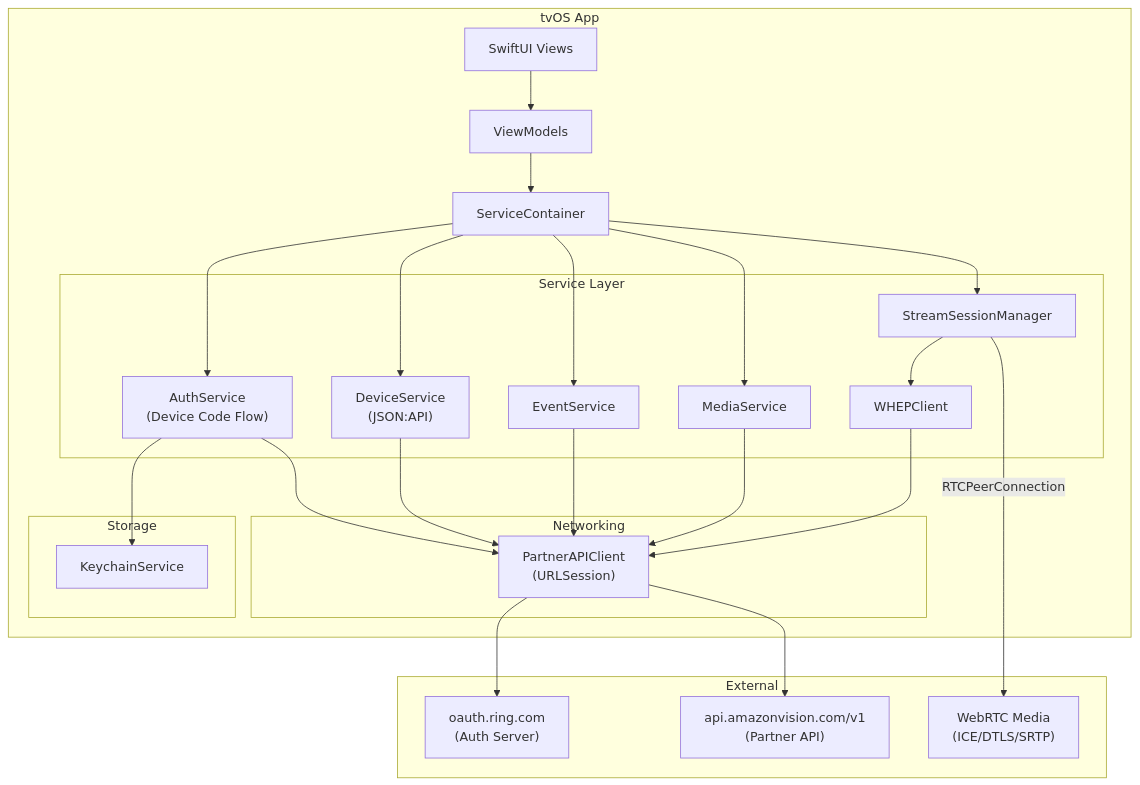
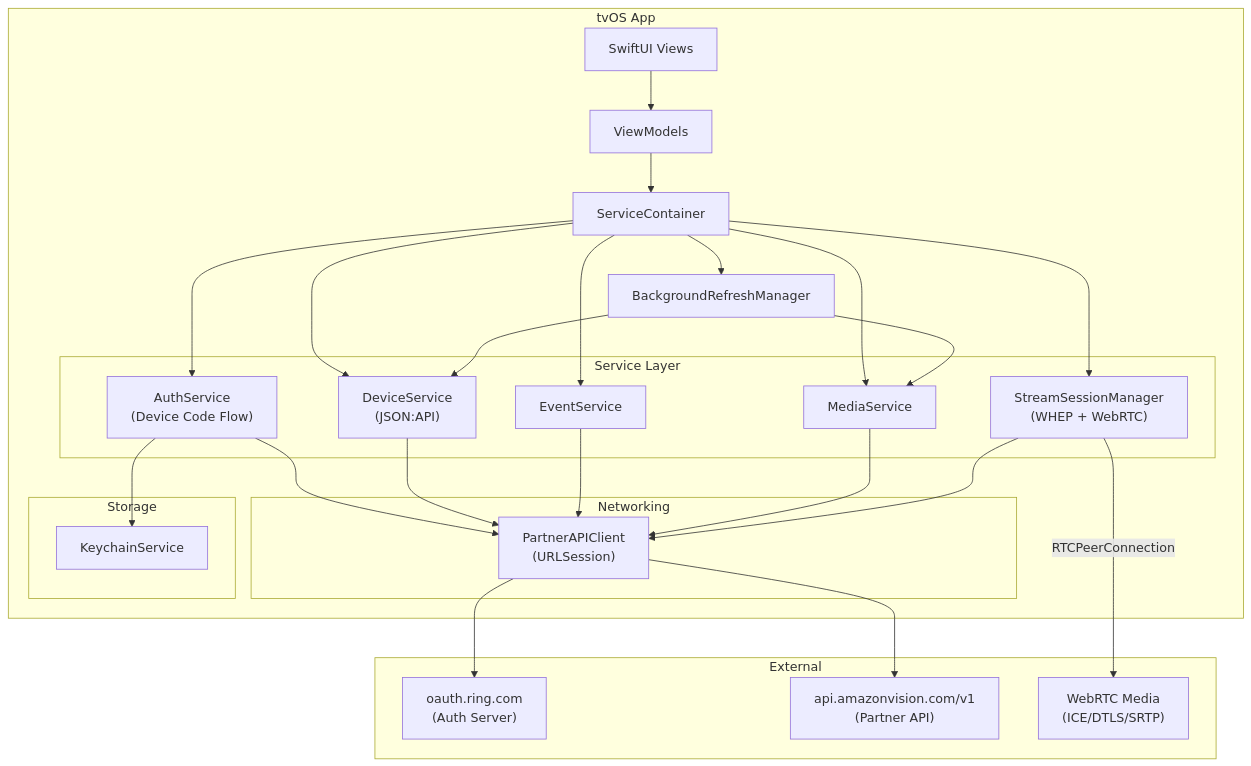
Before and after one commit to AccuWeaver/ring-appletv-viewer: the diagram in .kiro/specs/ring-partner-api-migration/design.md, drawn with Mermaid. The commit also changed other lines of this file and 2 other files, not shown here.

````diff
--- a/.kiro/specs/ring-partner-api-migration/design.md
+++ b/.kiro/specs/ring-partner-api-migration/design.md
@@ -22,53 +32,56 @@
 ```mermaid
 graph TD
     subgraph "tvOS App"
         UI["SwiftUI Views"]
         VM["ViewModels"]
         SC["ServiceContainer"]
+        BRM["BackgroundRefreshManager"]
 
         subgraph "Service Layer"
             AS["AuthService<br/>(Device Code Flow)"]
             DS["DeviceService<br/>(JSON:API)"]
             ES["EventService"]
             MS["MediaService"]
-            WC["WHEPClient"]
-            SSM["StreamSessionManager"]
+            SSM["StreamSessionManager<br/>(WHEP + WebRTC)"]
         end
 
         subgraph "Networking"
             PAC["PartnerAPIClient<br/>(URLSession)"]
         end
 
         subgraph "Storage"
             KC["KeychainService"]
         end
     end
 
     subgraph "External"
         OA["oauth.ring.com<br/>(Auth Server)"]
         PA["api.amazonvision.com/v1<br/>(Partner API)"]
         WR["WebRTC Media<br/>(ICE/DTLS/SRTP)"]
     end
 
     UI --> VM
     VM --> SC
     SC --> AS
     SC --> DS
     SC --> ES
     SC --> MS
     SC --> SSM
+    SC --> BRM
+
+    BRM --> DS
+    BRM --> MS
 
     AS --> PAC
     DS --> PAC
     ES --> PAC
     MS --> PAC
-    WC --> PAC
+    SSM --> PAC
 
-    SSM --> WC
     SSM -->|RTCPeerConnection| WR
 
     PAC --> OA
     PAC --> PA
 
     AS --> KC
 ```
````
